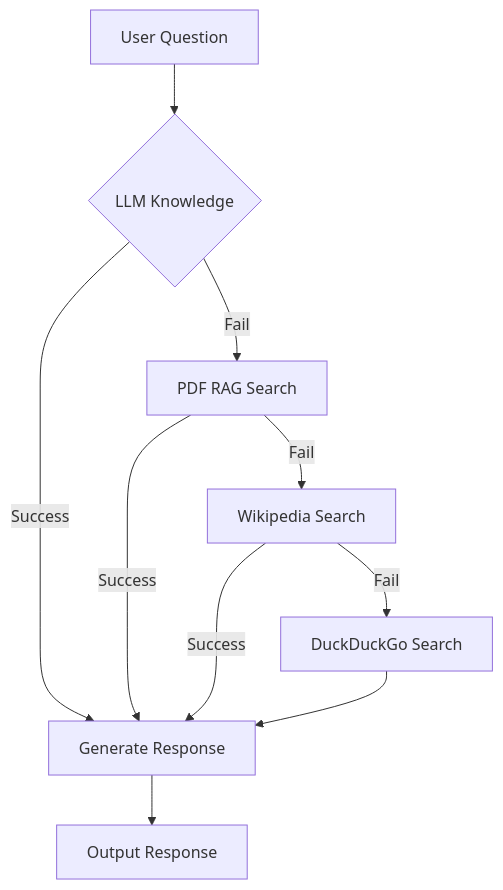
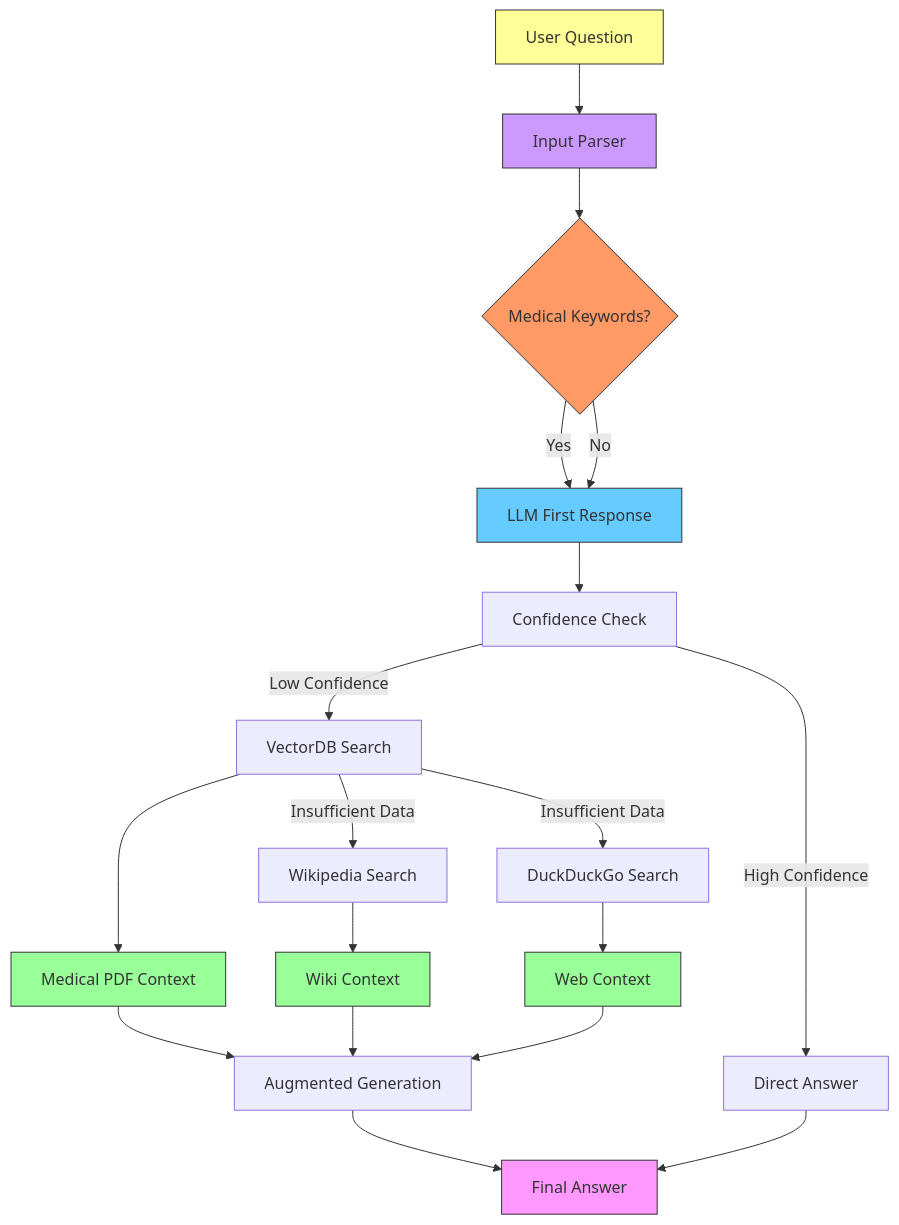
The diagram in README.md (Md-Emon-Hasan/MediGenius), drawn with Mermaid before and after one commit. The commit also changed other lines of this file and 59 other files, not shown here.

````diff
--- a/README.md
+++ b/README.md
@@ -128,12 +152,29 @@
 ```mermaid
 graph TD
-    A[User Question] --> B{LLM Knowledge}
-    B -->|Success| C[Generate Response]
-    B -->|Fail| D[PDF RAG Search]
-    D -->|Success| C
-    D -->|Fail| E[Wikipedia Search]
-    E -->|Success| C
-    E -->|Fail| F[DuckDuckGo Search]
-    F --> C
-    C --> G[Output Response]
+    A[User Question] --> B[Input Parser]
+    B --> C{Medical Keywords?}
+    C -->|Yes| D[LLM First Response]
+    C -->|No| D
+    D --> E[Confidence Check]
+    E -->|High Confidence| F[Direct Answer]
+    E -->|Low Confidence| G[VectorDB Search]
+    G --> H[Medical PDF Context]
+    H --> I[Augmented Generation]
+    I --> J[Final Answer]
+    F --> J
+    G -->|Insufficient Data| K[Wikipedia Search]
+    K --> L[Wiki Context]
+    L --> I
+    G -->|Insufficient Data| M[DuckDuckGo Search]
+    M --> N[Web Context]
+    N --> I
+
+    style A fill:#ff9,stroke:#333
+    style B fill:#c9f,stroke:#333
+    style C fill:#f96,stroke:#333
+    style D fill:#6cf,stroke:#333
+    style H fill:#9f9,stroke:#333
+    style L fill:#9f9,stroke:#333
+    style N fill:#9f9,stroke:#333
+    style J fill:#f9f,stroke:#333
 ```
````
